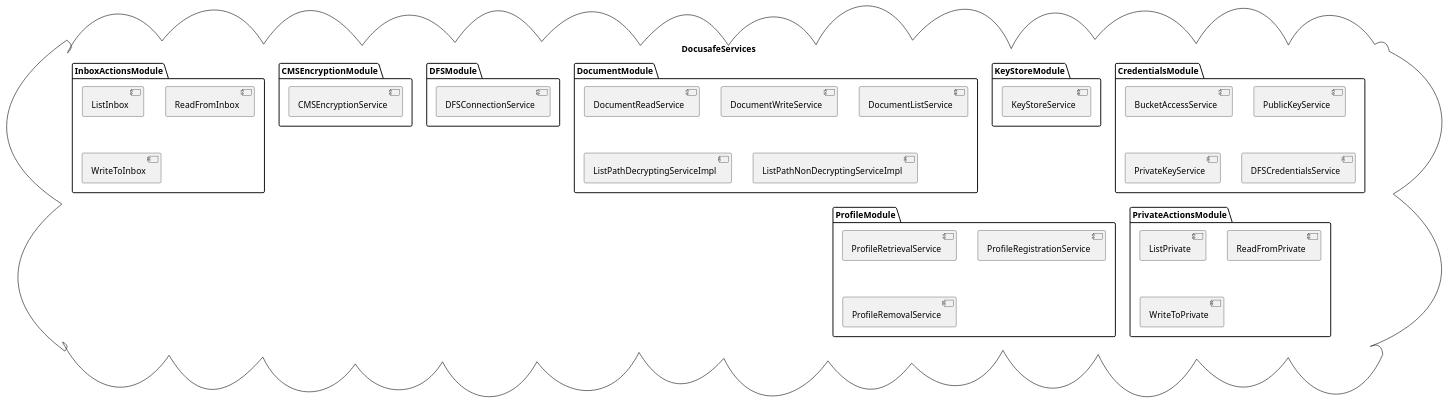
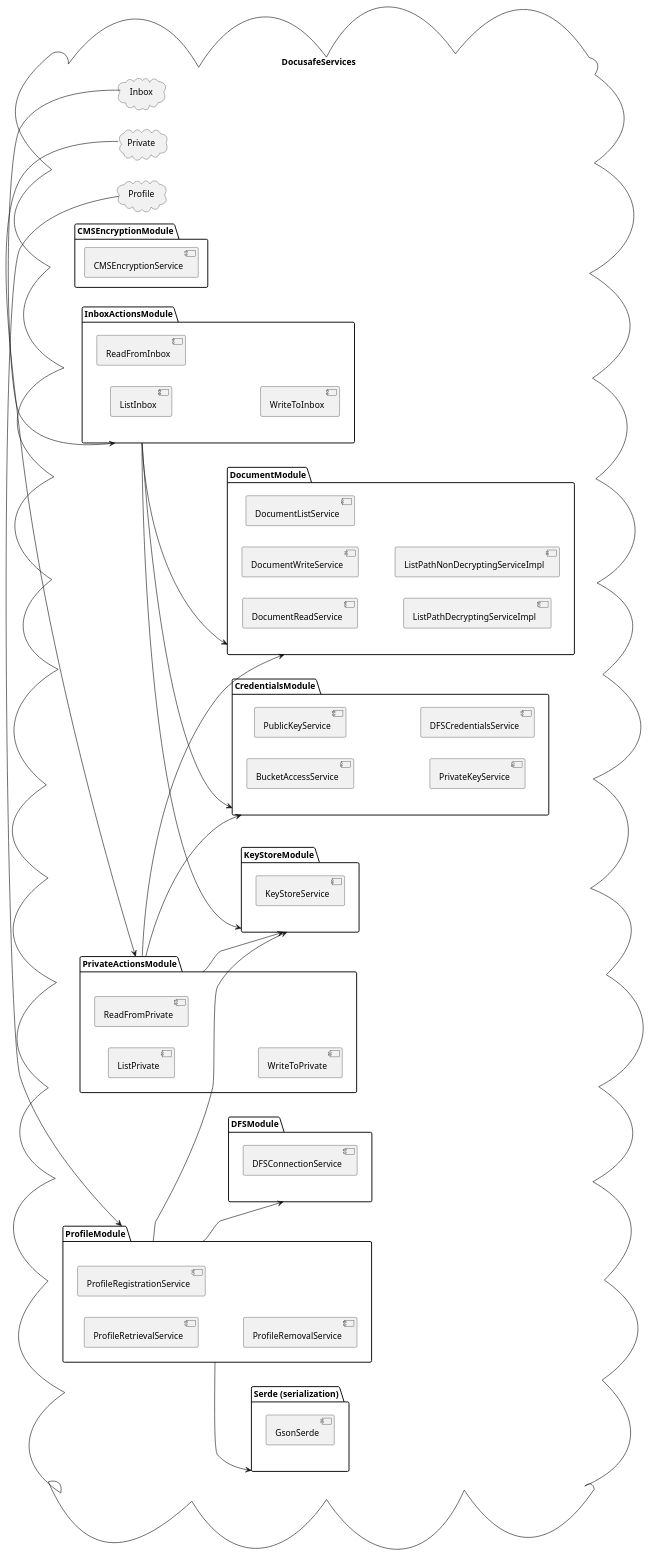
One commit to adorsys/datasafe changed the diagram in docs/modular/modules.puml. Above: the diagram before and after it, drawn with PlantUML.

Commit message:
Slightly more structure

```diff
--- a/docs/modular/modules.puml
+++ b/docs/modular/modules.puml
@@ -1,50 +1,83 @@
 @startuml
 
 cloud "DocusafeServices" {
+
+left to right direction
+  together {
+    cloud "Inbox" {
+    }
+
+    cloud "Private" {
+    }
+
+    cloud "Profile" {
+    }
+  }
+
 
   package "CredentialsModule" {
     [BucketAccessService]
     [PublicKeyService]
     [PrivateKeyService]
     [DFSCredentialsService]
   }
 
   package "KeyStoreModule" {
     [KeyStoreService]
   }
 
   package "DocumentModule" {
     [DocumentReadService]
     [DocumentWriteService]
     [DocumentListService]
     [ListPathDecryptingServiceImpl]
     [ListPathNonDecryptingServiceImpl]
   }
 
   package "DFSModule" {
     [DFSConnectionService]
   }
 
   package "CMSEncryptionModule" {
     [CMSEncryptionService]
   }
 
-  package "InboxActionsModule" {
+  package "Serde (serialization)" as serde {
+      [GsonSerde]
+    }
+
+  package "InboxActionsModule" as inbox {
     [ListInbox]
     [ReadFromInbox]
     [WriteToInbox]
   }
 
-  package "PrivateActionsModule" {
+  package "PrivateActionsModule" as private {
     [ListPrivate]
     [ReadFromPrivate]
     [WriteToPrivate]
   }
 
-  package "ProfileModule" {
+  package "ProfileModule" as profile {
     [ProfileRetrievalService]
     [ProfileRegistrationService]
     [ProfileRemovalService]
   }
+
+  Inbox -> inbox
+  Private -> private
+  Profile -> profile
+
+  inbox -down-> CredentialsModule
+  inbox -down-> DocumentModule
+  inbox -down-> KeyStoreModule
+
+  private -down-> CredentialsModule
+  private -down-> DocumentModule
+  private -down-> KeyStoreModule
+
+  profile -down-> serde
+  profile -down-> KeyStoreModule
+  profile -down-> DFSModule
 }
 @enduml
```
